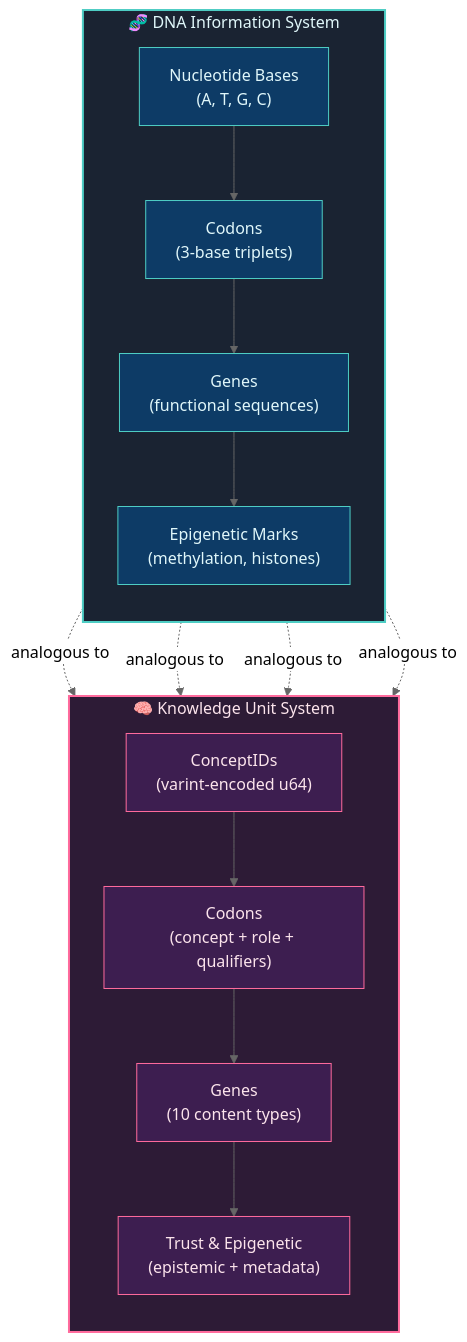
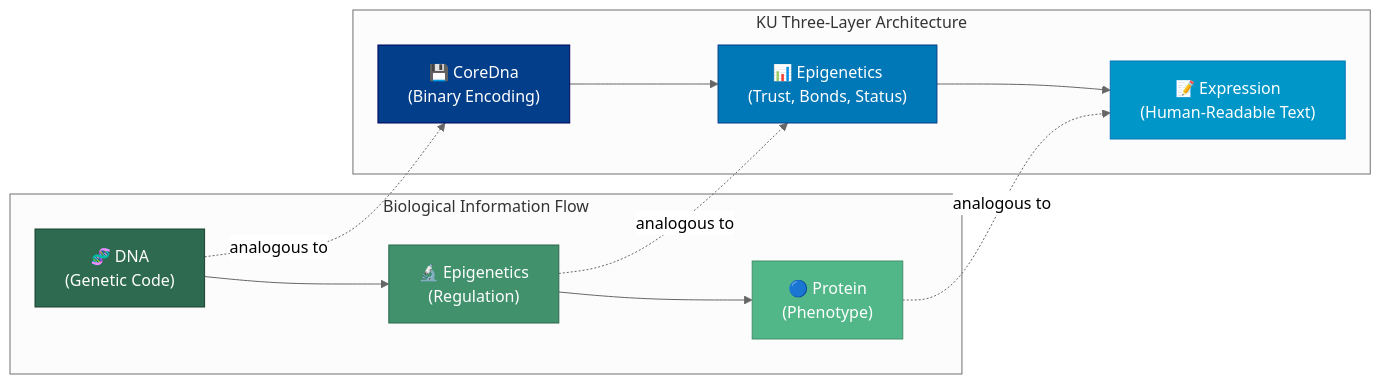
One commit to shpy2001gemi/OneBrain changed the first of 2 diagrams in docs/paper/ku/01_introduction.md. Above: the diagram before and after it, drawn with Mermaid (neutral theme). The commit also changed other lines of this file and 76 other files, not shown here.

````diff
--- a/docs/paper/ku/01_introduction.md
+++ b/docs/paper/ku/01_introduction.md
@@ -58,36 +128,23 @@
 ```mermaid
-graph TB
-    subgraph DNA["🧬 DNA Information System"]
-        direction TB
-        N["Nucleotide Bases<br/>(A, T, G, C)"]
-        C["Codons<br/>(3-base triplets)"]
-        G["Genes<br/>(functional sequences)"]
-        EP["Epigenetic Marks<br/>(methylation, histones)"]
-        N --> C --> G --> EP
+graph LR
+    subgraph Biology["Biological Information Flow"]
+        A["🧬 DNA<br/>(Genetic Code)"] --> B["🔬 Epigenetics<br/>(Regulation)"]
+        B --> C["🔵 Protein<br/>(Phenotype)"]
     end
 
-    subgraph KU["🧠 Knowledge Unit System"]
-        direction TB
-        CID["ConceptIDs<br/>(varint-encoded u64)"]
-        COD["Codons<br/>(concept + role + qualifiers)"]
-        GEN["Genes<br/>(10 content types)"]
-        TR["Trust & Epigenetic<br/>(epistemic + metadata)"]
-        CID --> COD --> GEN --> TR
+    subgraph KU["KU Three-Layer Architecture"]
+        D["💾 CoreDna<br/>(Binary Encoding)"] --> E["📊 Epigenetics<br/>(Trust, Bonds, Status)"]
+        E --> F["📝 Expression<br/>(Human-Readable Text)"]
     end
 
-    N -. "analogous to" .-> CID
-    C -. "analogous to" .-> COD
-    G -. "analogous to" .-> GEN
-    EP -. "analogous to" .-> TR
+    A -. "analogous to" .-> D
+    B -. "analogous to" .-> E
+    C -. "analogous to" .-> F
 
-    style DNA fill:#1a2332,stroke:#4ecdc4,color:#e0f7fa,stroke-width:2px
-    style KU fill:#2d1b36,stroke:#ff6b9d,color:#fce4ec,stroke-width:2px
-    style N fill:#0d3b66,stroke:#4ecdc4,color:#e0f7fa
-    style C fill:#0d3b66,stroke:#4ecdc4,color:#e0f7fa
-    style G fill:#0d3b66,stroke:#4ecdc4,color:#e0f7fa
-    style EP fill:#0d3b66,stroke:#4ecdc4,color:#e0f7fa
-    style CID fill:#3d1e50,stroke:#ff6b9d,color:#fce4ec
-    style COD fill:#3d1e50,stroke:#ff6b9d,color:#fce4ec
-    style GEN fill:#3d1e50,stroke:#ff6b9d,color:#fce4ec
-    style TR fill:#3d1e50,stroke:#ff6b9d,color:#fce4ec
+    style A fill:#2d6a4f,stroke:#1b4332,color:#fff
+    style B fill:#40916c,stroke:#2d6a4f,color:#fff
+    style C fill:#52b788,stroke:#40916c,color:#fff
+    style D fill:#023e8a,stroke:#03045e,color:#fff
+    style E fill:#0077b6,stroke:#023e8a,color:#fff
+    style F fill:#0096c7,stroke:#0077b6,color:#fff
 ```
````
